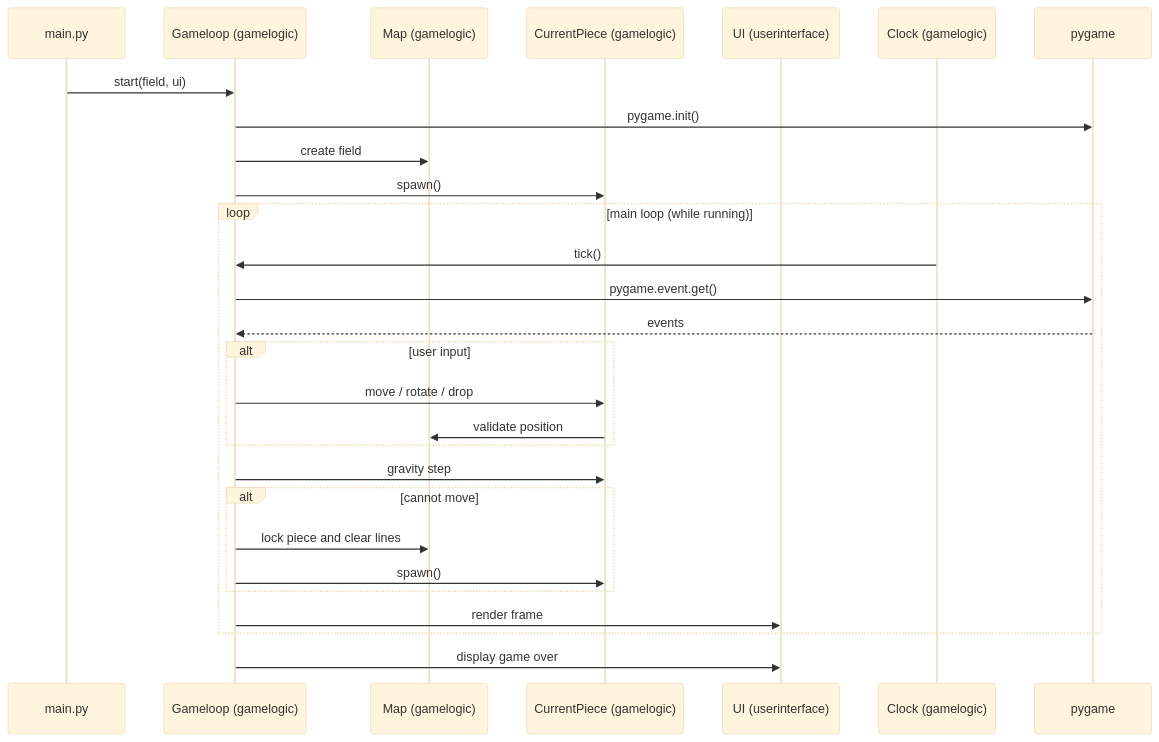
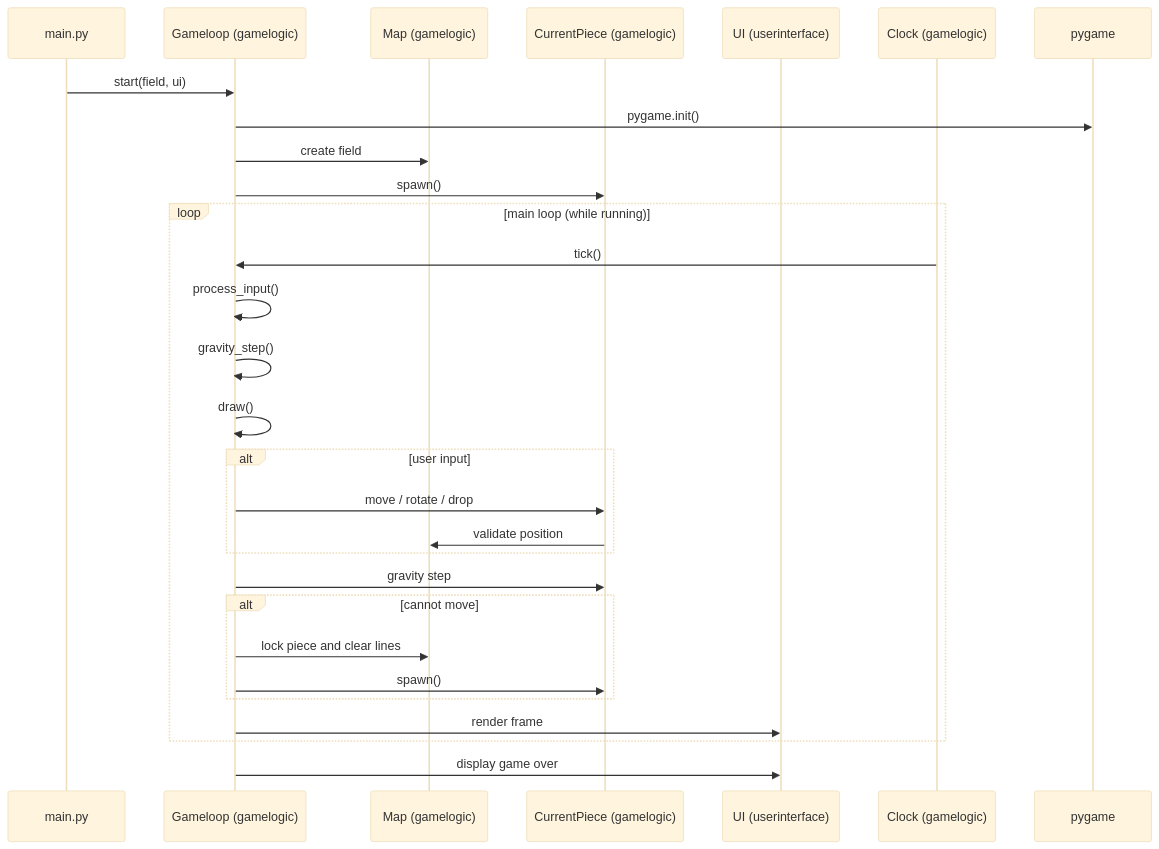
Before and after one commit to L0uko/Ohjelmistotekniikka_sovellus: the diagram in application/dokumentaatio/sovellusarkkitehtuuri.md, drawn with Mermaid (base theme). The commit also changed 2 other files, not shown here.

Commit message:
refactor logic code, somehow invoke went to shit

````diff
--- a/application/dokumentaatio/sovellusarkkitehtuuri.md
+++ b/application/dokumentaatio/sovellusarkkitehtuuri.md
@@ -12,36 +12,37 @@
 ```mermaid
 sequenceDiagram
     participant Main as main.py
     participant Game as Gameloop (gamelogic)
     participant Map as Map (gamelogic)
     participant Piece as CurrentPiece (gamelogic)
     participant UI as UI (userinterface)
     participant Clock as Clock (gamelogic)
     participant Pygame as pygame
 
     Main->>Game: start(field, ui)
     Game->>Pygame: pygame.init()
     Game->>Map: create field
     Game->>Piece: spawn()
 
     loop main loop (while running)
         Clock->>Game: tick()
-        Game->>Pygame: pygame.event.get()
-        Pygame-->>Game: events
+        Game->>Game: process_input()
+        Game->>Game: gravity_step() 
+        Game->>Game: draw()
 
         alt user input
             Game->>Piece: move / rotate / drop
             Piece->>Map: validate position
         end
 
         Game->>Piece: gravity step
         alt cannot move
             Game->>Map: lock piece and clear lines
             Game->>Piece: spawn()
         end
 
         Game->>UI: render frame
     end
 
     Game->>UI: display game over
 ```
````
